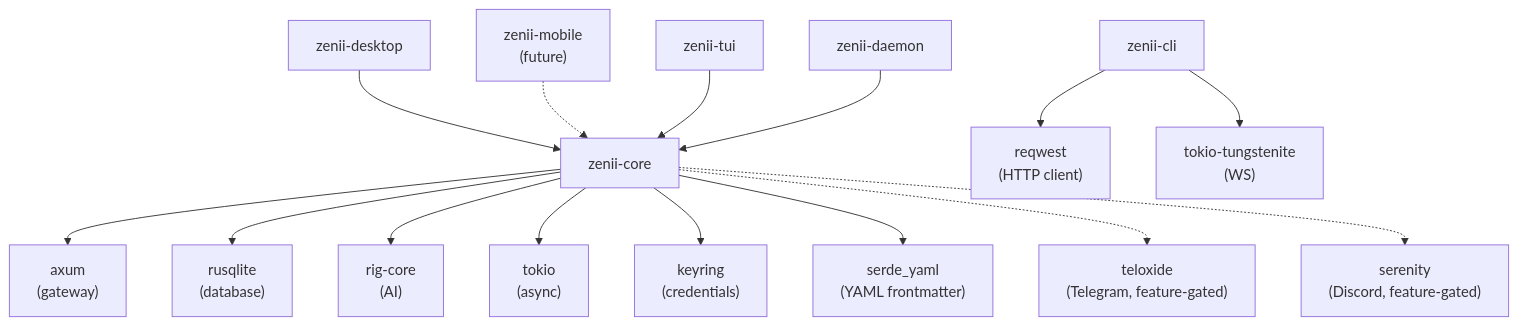
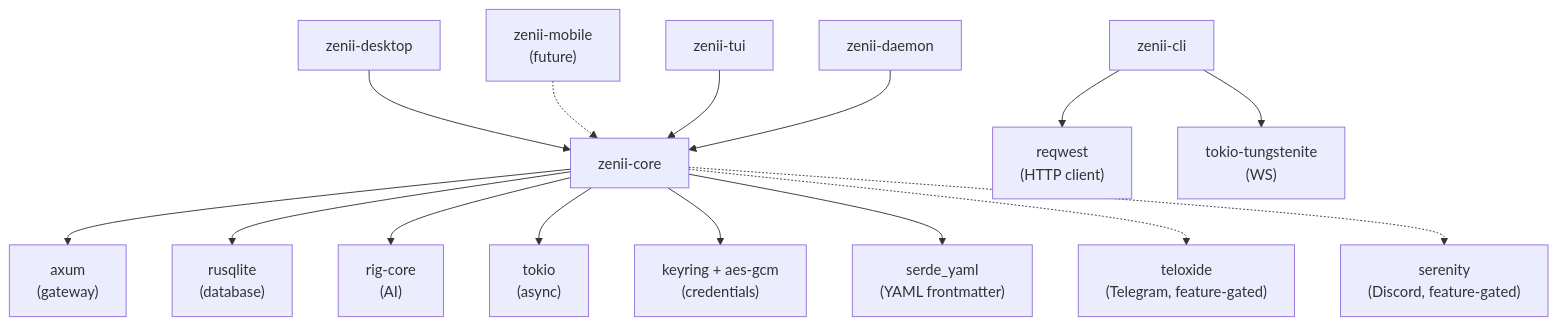
One commit to sprklai/zenii changed the first of 6 diagrams in README.md. Above: the diagram before and after it, drawn with Mermaid. The commit also changed other lines of this file, not shown here.

````diff
--- a/README.md
+++ b/README.md
@@ -329,19 +329,19 @@
 ```mermaid
 graph TD
     desktop[zenii-desktop] --> core[zenii-core]
     mobile["zenii-mobile<br>#40;future#41;"] -.-> core
     cli[zenii-cli]
     cli --> reqwest["reqwest<br>#40;HTTP client#41;"]
     cli --> tungstenite["tokio-tungstenite<br>#40;WS#41;"]
     tui[zenii-tui] --> core
     daemon[zenii-daemon] --> core
 
     core --> axum["axum<br>#40;gateway#41;"]
     core --> rusqlite["rusqlite<br>#40;database#41;"]
     core --> rigcore["rig-core<br>#40;AI#41;"]
     core --> tokio["tokio<br>#40;async#41;"]
-    core --> keyring["keyring<br>#40;credentials#41;"]
+    core --> keyring["keyring + aes-gcm<br>#40;credentials#41;"]
     core --> serdeyaml["serde_yaml<br>#40;YAML frontmatter#41;"]
     core -.-> teloxide["teloxide<br>#40;Telegram, feature-gated#41;"]
     core -.-> serenity["serenity<br>#40;Discord, feature-gated#41;"]
 ```
````
